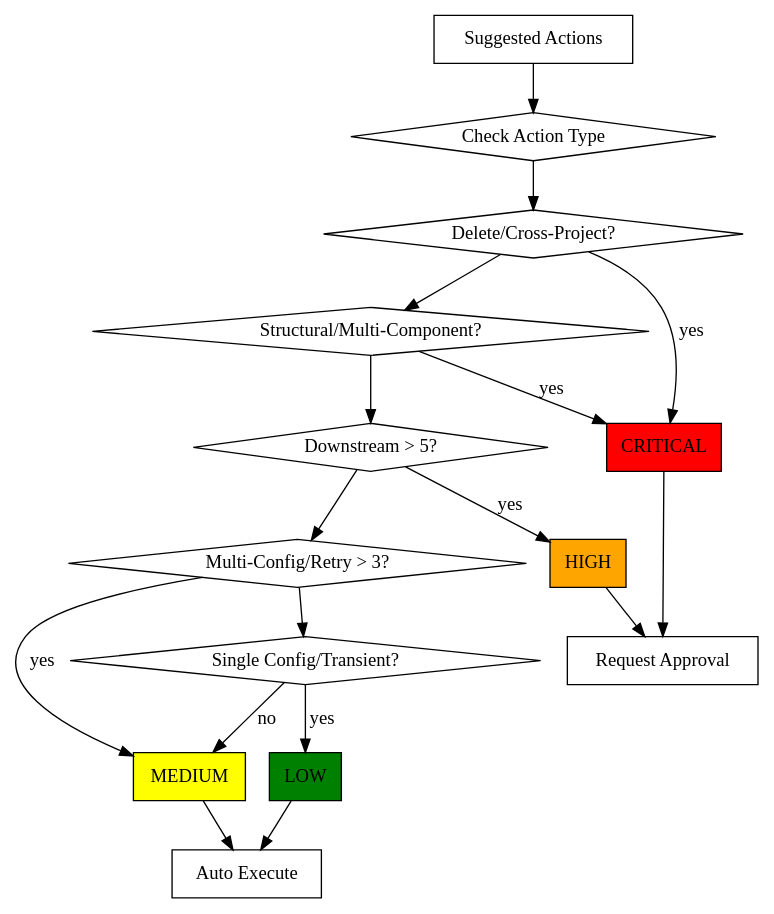
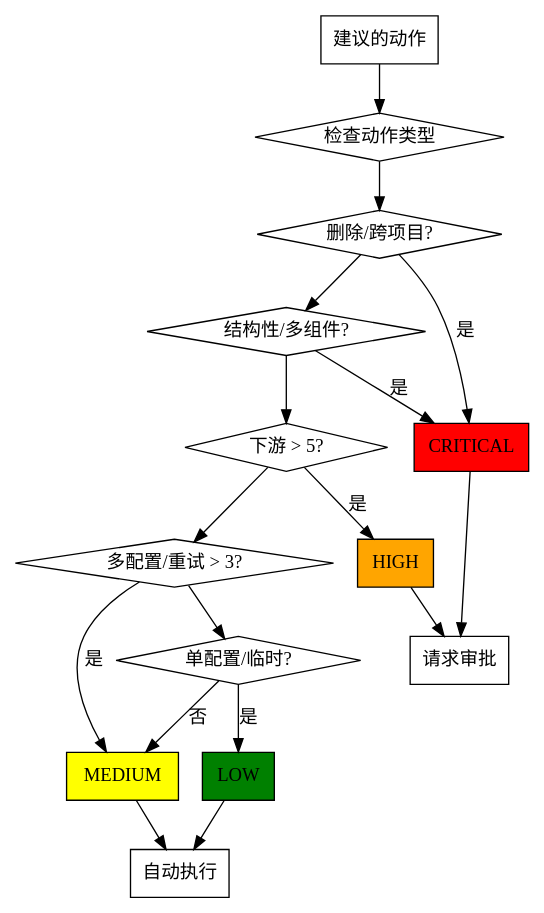
The second of 2 diagrams in docs/specs/2026-05-07-alert-automation-design.md (1193346101/dolphinscheduler-agent), drawn with Graphviz before and after one commit. The commit also changed other lines of this file, not shown here.

````diff
--- a/docs/specs/2026-05-07-alert-automation-design.md
+++ b/docs/specs/2026-05-07-alert-automation-design.md
@@ -1087,37 +1087,37 @@
 ```dot
 digraph risk_flow {
     rankdir=TB;
 
-    "Suggested Actions" [shape=box];
-    "Check Action Type" [shape=diamond];
-    "Delete/Cross-Project?" [shape=diamond];
-    "Structural/Multi-Component?" [shape=diamond];
-    "Downstream > 5?" [shape=diamond];
-    "Multi-Config/Retry > 3?" [shape=diamond];
-    "Single Config/Transient?" [shape=diamond];
+    "建议的动作" [shape=box];
+    "检查动作类型" [shape=diamond];
+    "删除/跨项目?" [shape=diamond];
+    "结构性/多组件?" [shape=diamond];
+    "下游 > 5?" [shape=diamond];
+    "多配置/重试 > 3?" [shape=diamond];
+    "单配置/临时?" [shape=diamond];
     "CRITICAL" [shape=box, style=filled, fillcolor=red];
     "HIGH" [shape=box, style=filled, fillcolor=orange];
     "MEDIUM" [shape=box, style=filled, fillcolor=yellow];
     "LOW" [shape=box, style=filled, fillcolor=green];
-    "Request Approval" [shape=box];
-    "Auto Execute" [shape=box];
+    "请求审批" [shape=box];
+    "自动执行" [shape=box];
 
-    "Suggested Actions" -> "Check Action Type";
-    "Check Action Type" -> "Delete/Cross-Project?";
-    "Delete/Cross-Project?" -> "CRITICAL" [label="yes"];
-    "Delete/Cross-Project?" -> "Structural/Multi-Component?";
-    "Structural/Multi-Component?" -> "CRITICAL" [label="yes"];
-    "Structural/Multi-Component?" -> "Downstream > 5?";
-    "Downstream > 5?" -> "HIGH" [label="yes"];
-    "Downstream > 5?" -> "Multi-Config/Retry > 3?";
-    "Multi-Config/Retry > 3?" -> "MEDIUM" [label="yes"];
-    "Multi-Config/Retry > 3?" -> "Single Config/Transient?";
-    "Single Config/Transient?" -> "LOW" [label="yes"];
-    "Single Config/Transient?" -> "MEDIUM" [label="no"];
+    "建议的动作" -> "检查动作类型";
+    "检查动作类型" -> "删除/跨项目?";
+    "删除/跨项目?" -> "CRITICAL" [label="是"];
+    "删除/跨项目?" -> "结构性/多组件?";
+    "结构性/多组件?" -> "CRITICAL" [label="是"];
+    "结构性/多组件?" -> "下游 > 5?";
+    "下游 > 5?" -> "HIGH" [label="是"];
+    "下游 > 5?" -> "多配置/重试 > 3?";
+    "多配置/重试 > 3?" -> "MEDIUM" [label="是"];
+    "多配置/重试 > 3?" -> "单配置/临时?";
+    "单配置/临时?" -> "LOW" [label="是"];
+    "单配置/临时?" -> "MEDIUM" [label="否"];
 
-    "CRITICAL" -> "Request Approval";
-    "HIGH" -> "Request Approval";
-    "MEDIUM" -> "Auto Execute";
-    "LOW" -> "Auto Execute";
+    "CRITICAL" -> "请求审批";
+    "HIGH" -> "请求审批";
+    "MEDIUM" -> "自动执行";
+    "LOW" -> "自动执行";
 }
 ```
````
